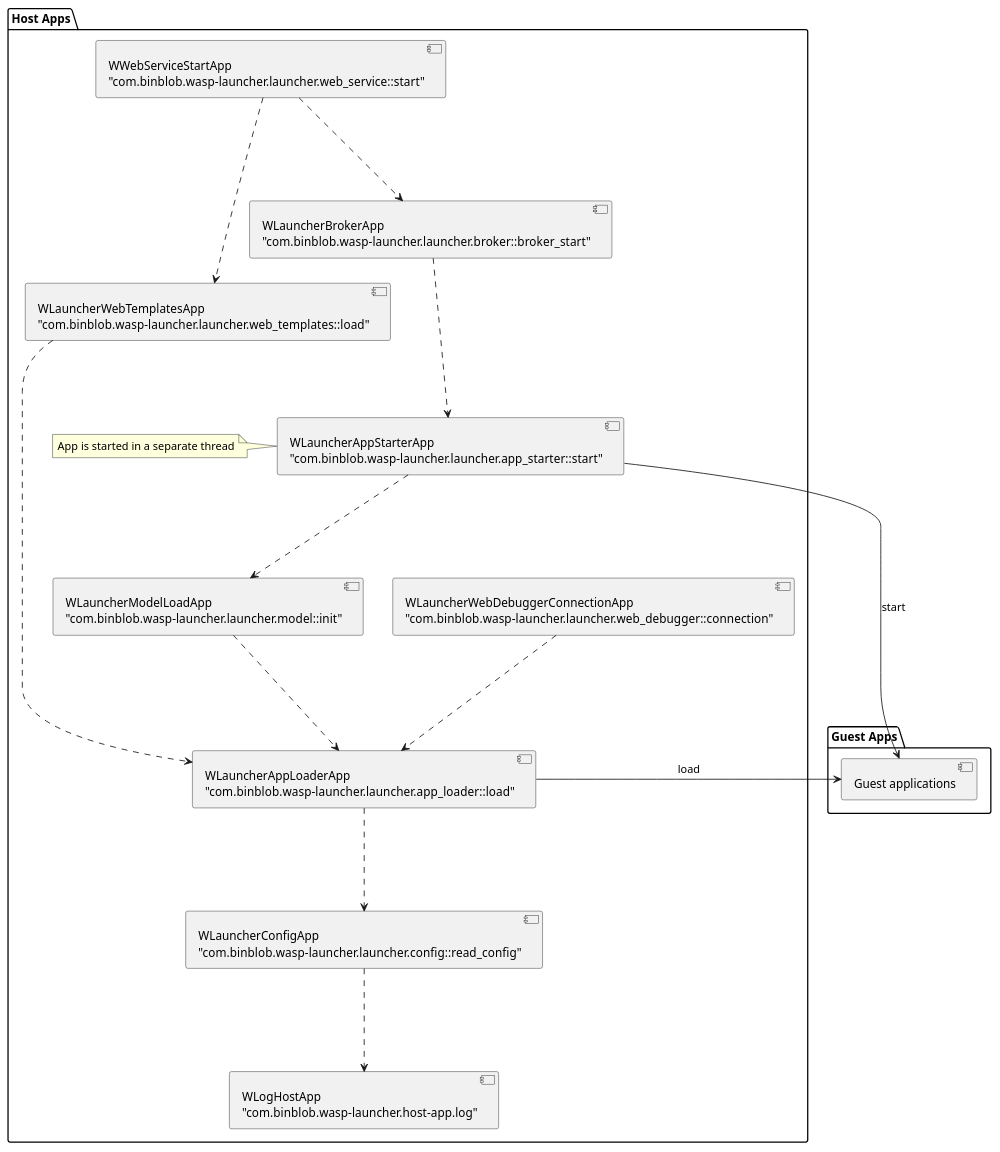
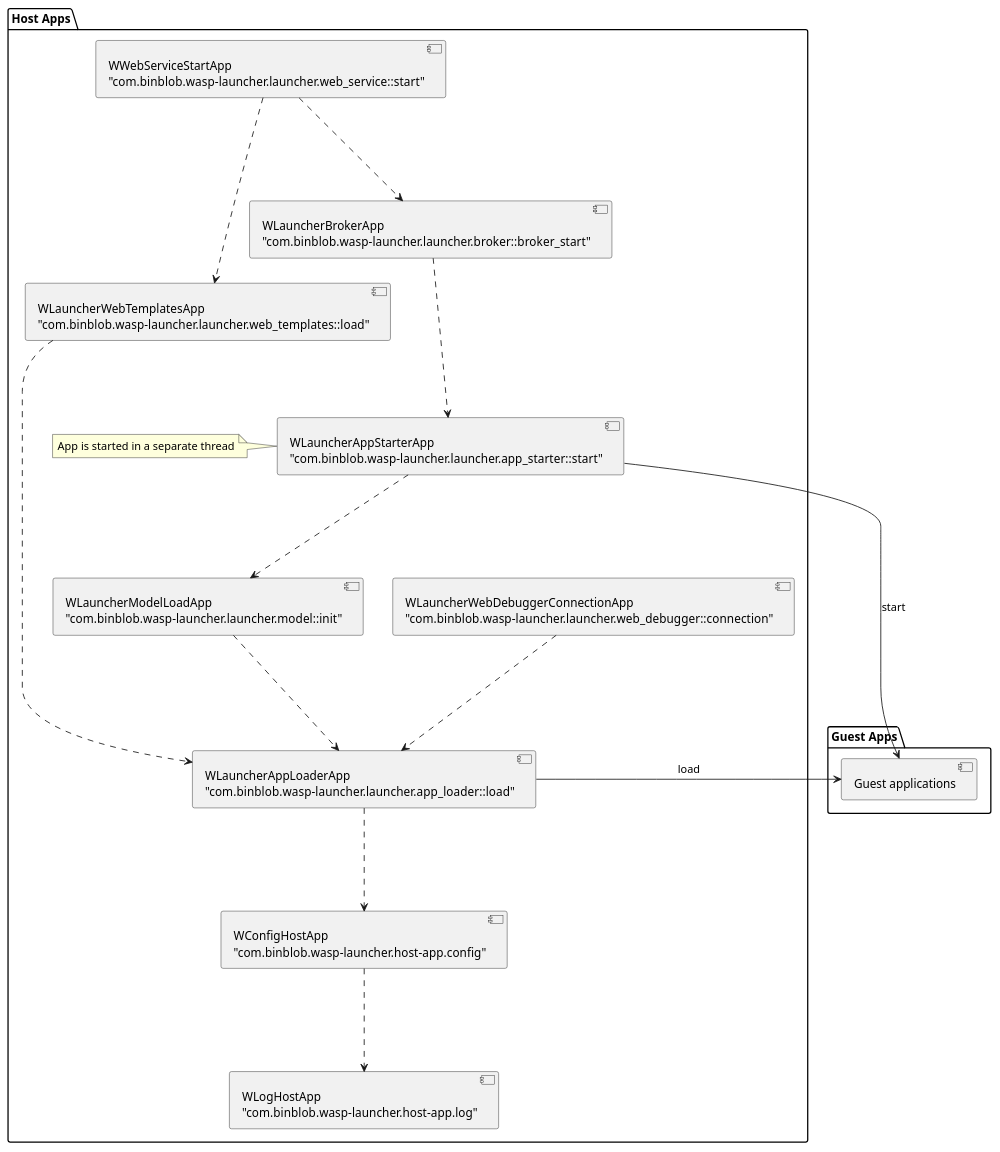
The diagram in docs/sphinx/apps.puml (a1ezzz/wasp-launcher), drawn with PlantUML before and after one commit. The commit also changed 3 other files, not shown here.

Commit message:
config host app renamed

```diff
--- a/docs/sphinx/apps.puml
+++ b/docs/sphinx/apps.puml
@@ -1,74 +1,74 @@
 @startuml
 
 package "Host Apps" {
 component log [
 WLogHostApp
 "com.binblob.wasp-launcher.host-app.log"
 ]
 
 component config [
-WLauncherConfigApp
-"com.binblob.wasp-launcher.launcher.config::read_config"
+WConfigHostApp
+"com.binblob.wasp-launcher.host-app.config"
 ]
 
 component loader [
 WLauncherAppLoaderApp
 "com.binblob.wasp-launcher.launcher.app_loader::load"
 ]
 
 component model [
 WLauncherModelLoadApp
 "com.binblob.wasp-launcher.launcher.model::init"
 ]
 
 component starter [
 WLauncherAppStarterApp
 "com.binblob.wasp-launcher.launcher.app_starter::start"
 ]
 
 note left of starter
 App is started in a separate thread
 end note
 
 component template [
 WLauncherWebTemplatesApp
 "com.binblob.wasp-launcher.launcher.web_templates::load"
 ]
 
 component debugger [
 WLauncherWebDebuggerConnectionApp
 "com.binblob.wasp-launcher.launcher.web_debugger::connection"
 ]
 
 component broker [
 WLauncherBrokerApp
 "com.binblob.wasp-launcher.launcher.broker::broker_start"
 ]
 
 component web_host [
 WWebServiceStartApp
 "com.binblob.wasp-launcher.launcher.web_service::start"
 ]
 
 config .-down-> log
 loader .-down-> config
 model .-down-> loader
 template .-down-> loader
 starter .-down-> model
 broker .-down-> starter
 web_host .-down-> broker
 web_host .-down-> template
 debugger .-down-> loader
 
 }
 
 package "Guest Apps" {
 component guest_apps [
 	Guest applications
 ]
 
 loader -> guest_apps: load
 starter -> guest_apps: start
 }
 
 @enduml
```
